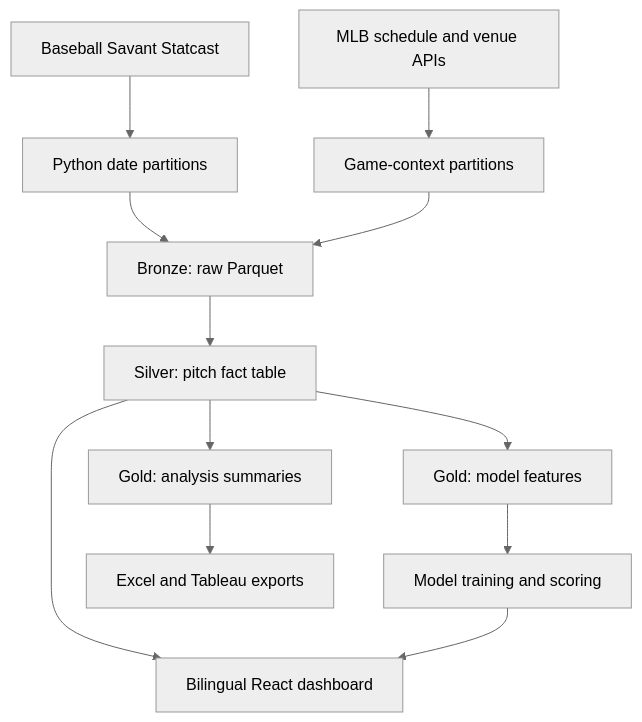
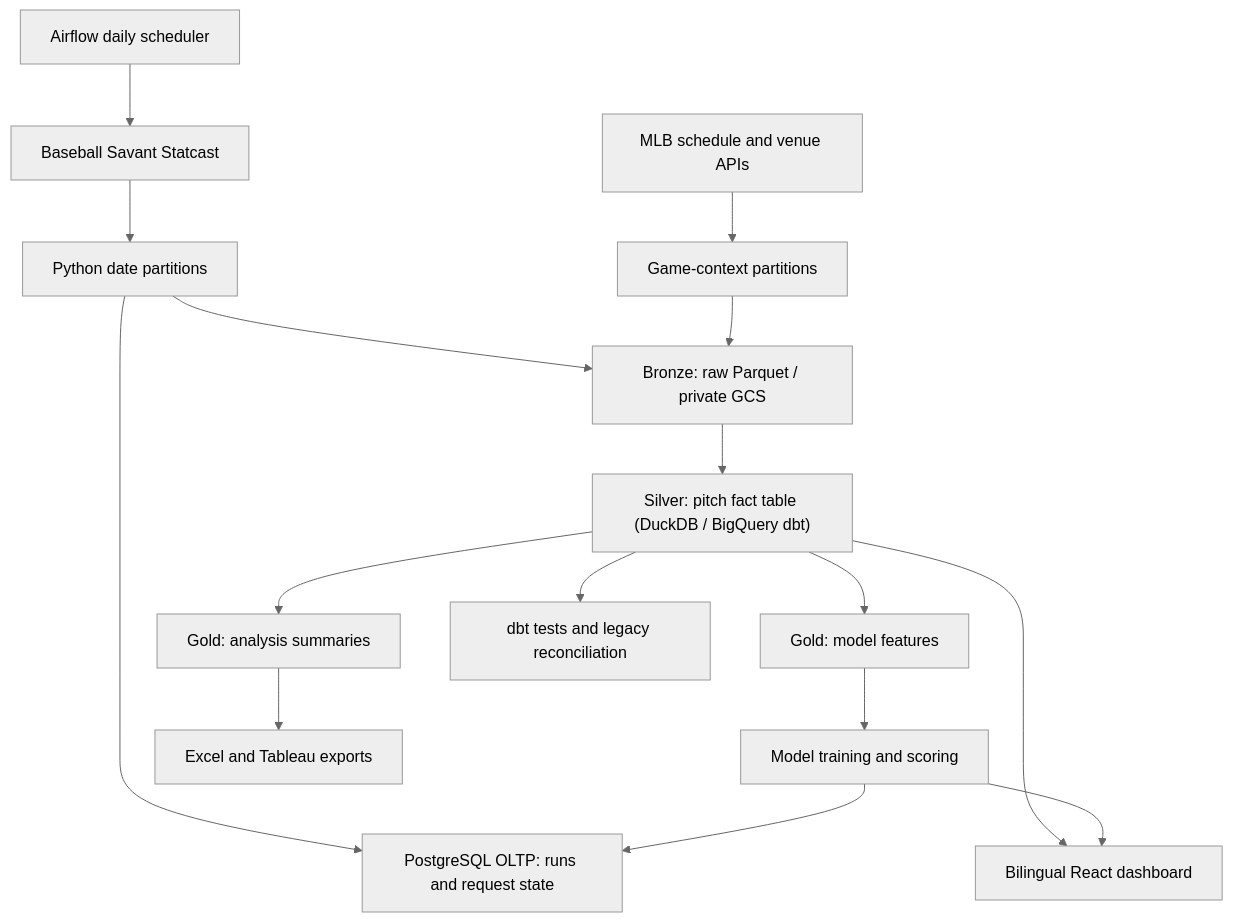
One commit to Chuanris/mlb-pitch-analytics changed the first of 2 diagrams in README.md. Above: the diagram before and after it, drawn with Mermaid (neutral theme). The commit also changed other lines of this file and 9 other files, not shown here.

````diff
--- a/README.md
+++ b/README.md
@@ -37,14 +41,18 @@
 ```mermaid
 flowchart TD
+    R["Airflow daily scheduler"] --> A
     A["Baseball Savant Statcast"] --> B["Python date partitions"]
     W["MLB schedule and venue APIs"] --> X["Game-context partitions"]
-    B --> C["Bronze: raw Parquet"]
+    B --> O["PostgreSQL OLTP: runs and request state"]
+    B --> C["Bronze: raw Parquet / private GCS"]
     X --> C
-    C --> D["Silver: pitch fact table"]
+    C --> D["Silver: pitch fact table (DuckDB / BigQuery dbt)"]
     D --> E["Gold: analysis summaries"]
     D --> M["Gold: model features"]
     M --> N["Model training and scoring"]
     E --> F["Excel and Tableau exports"]
     D --> H["Bilingual React dashboard"]
     N --> H
+    N --> O
+    D --> Q["dbt tests and legacy reconciliation"]
 ```
````
